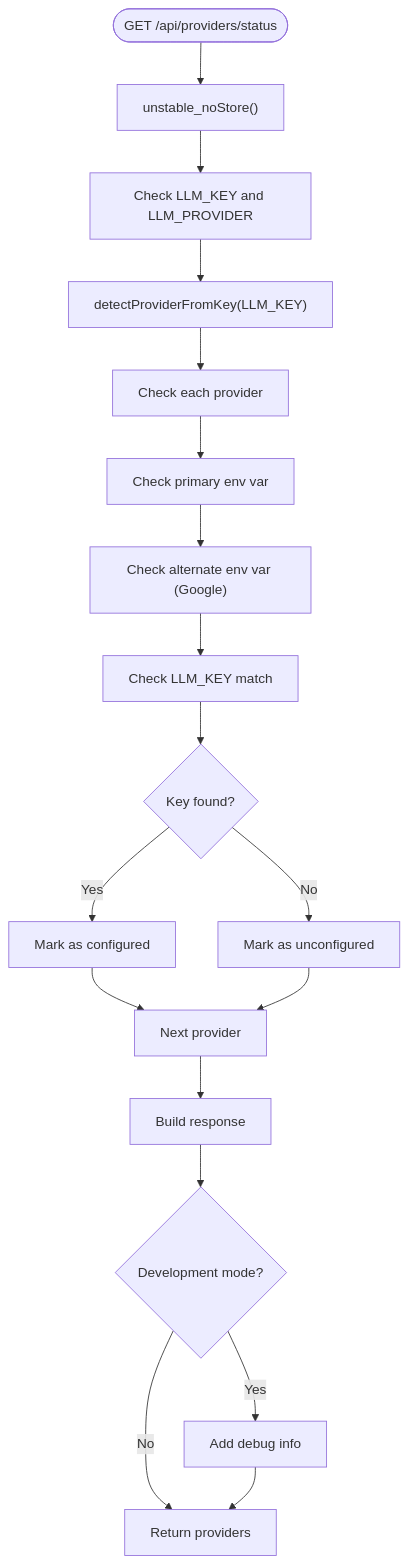
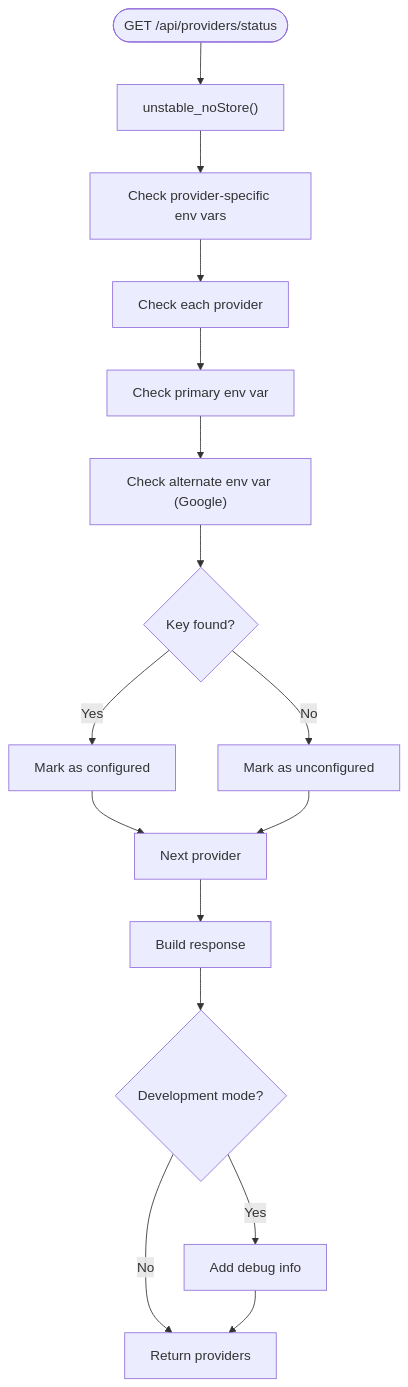
Diagram 11 of 12 in .qoder/repowiki/en/content/Architecture & Design/Layered Architecture/Integration Layer/AI Provider Adapters.md (shekhargiri005-dotcom/AI-powered-accessibility-first-UI-engine), drawn with Mermaid before and after one commit. The commit also changed other lines of this file and 71 other files, not shown here.

````diff
--- a/.qoder/repowiki/en/content/Architecture & Design/Layered Architecture/Integration Layer/AI Provider Adapters.md
+++ b/.qoder/repowiki/en/content/Architecture & Design/Layered Architecture/Integration Layer/AI Provider Adapters.md
@@ -473,20 +453,18 @@
 ```mermaid
 flowchart TD
 Start(["GET /api/providers/status"]) --> NoStore["unstable_noStore()"]
-NoStore --> CheckLLM["Check LLM_KEY and LLM_PROVIDER"]
-CheckLLM --> Detect["detectProviderFromKey(LLM_KEY)"]
-Detect --> StatusLoop["Check each provider"]
+NoStore --> CheckProviders["Check provider-specific env vars"]
+CheckProviders --> StatusLoop["Check each provider"]
 StatusLoop --> Primary["Check primary env var"]
 Primary --> Alt["Check alternate env var (Google)"]
-Alt --> Universal["Check LLM_KEY match"]
-Universal --> Configured{"Key found?"}
+Alt --> Configured{"Key found?"}
 Configured -- Yes --> Mark["Mark as configured"]
 Configured -- No --> Skip["Mark as unconfigured"]
 Mark --> Next["Next provider"]
 Skip --> Next
 Next --> Done["Build response"]
 Done --> DebugInfo{"Development mode?"}
 DebugInfo -- Yes --> AddDebug["Add debug info"]
 DebugInfo -- No --> Return["Return providers"]
 AddDebug --> Return
 ```
````
